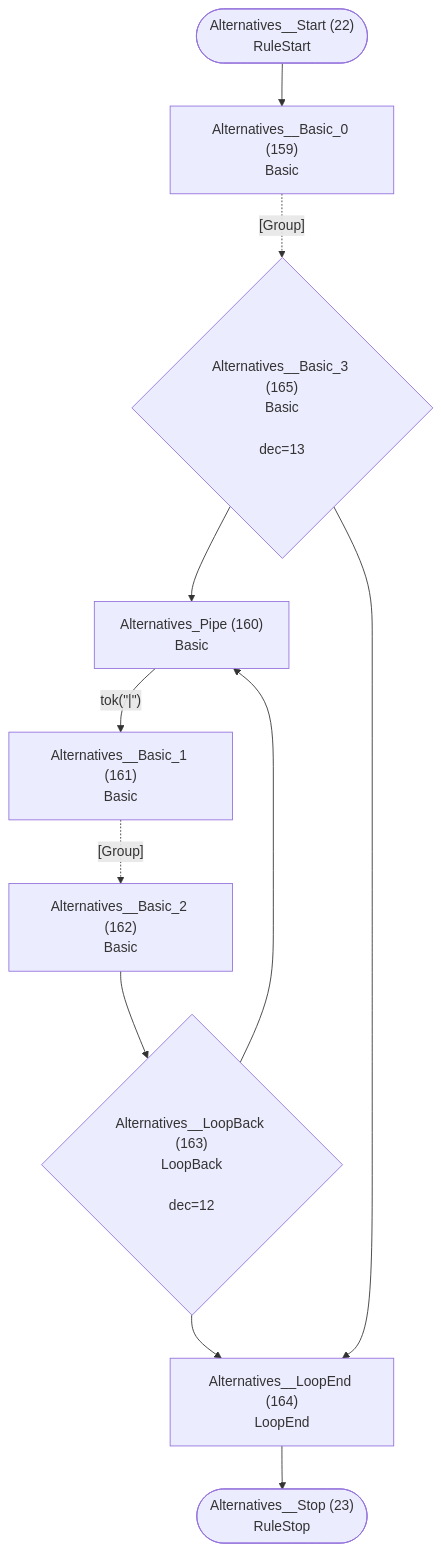
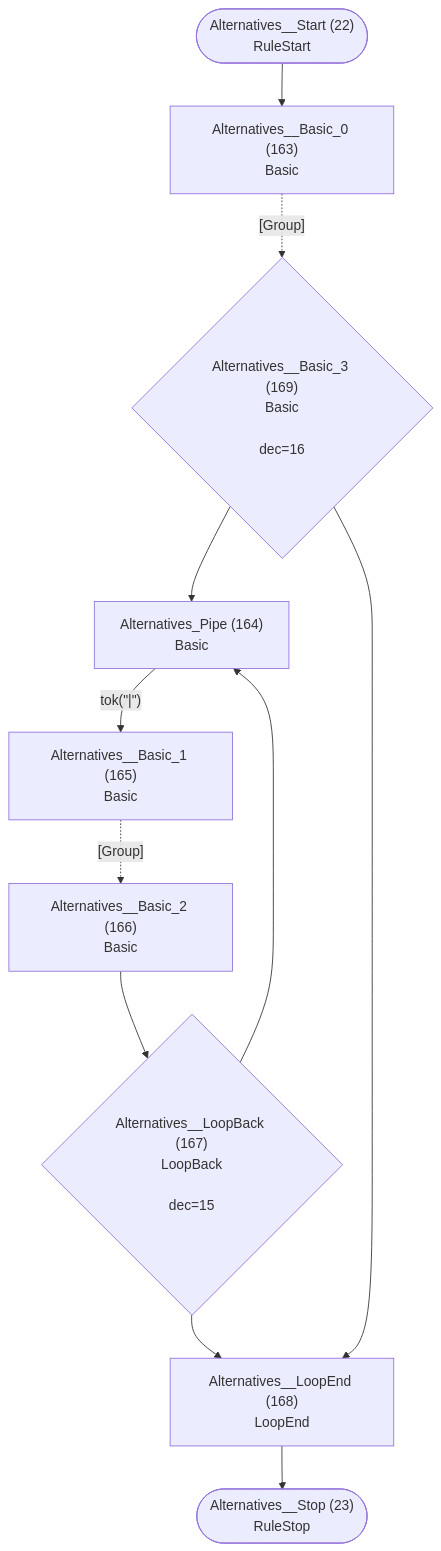
Before and after one commit to TypeFox/fastbelt: diagram 12 of 26 in internal/grammar/atn.md, drawn with Mermaid. The commit also changed other lines of this file and 7 other files, not shown here.

````diff
--- a/internal/grammar/atn.md
+++ b/internal/grammar/atn.md
@@ -348,23 +359,23 @@
 ```mermaid
 flowchart TD
     q22(["Alternatives__Start (22)<br/>RuleStart"])
     q23(["Alternatives__Stop (23)<br/>RuleStop"])
-    q159["Alternatives__Basic_0 (159)<br/>Basic<br/>"]
-    q160["Alternatives_Pipe (160)<br/>Basic<br/>"]
-    q161["Alternatives__Basic_1 (161)<br/>Basic<br/>"]
-    q162["Alternatives__Basic_2 (162)<br/>Basic<br/>"]
-    q163{"Alternatives__LoopBack (163)<br/>LoopBack<br/><br/>dec=12"}
-    q164["Alternatives__LoopEnd (164)<br/>LoopEnd<br/>"]
-    q165{"Alternatives__Basic_3 (165)<br/>Basic<br/><br/>dec=13"}
+    q163["Alternatives__Basic_0 (163)<br/>Basic<br/>"]
+    q164["Alternatives_Pipe (164)<br/>Basic<br/>"]
+    q165["Alternatives__Basic_1 (165)<br/>Basic<br/>"]
+    q166["Alternatives__Basic_2 (166)<br/>Basic<br/>"]
+    q167{"Alternatives__LoopBack (167)<br/>LoopBack<br/><br/>dec=15"}
+    q168["Alternatives__LoopEnd (168)<br/>LoopEnd<br/>"]
+    q169{"Alternatives__Basic_3 (169)<br/>Basic<br/><br/>dec=16"}
 
-    q22 --> q159
-    q159 -.->|"[Group]"| q165
-    q160 -->|"tok(&quot;|&quot;)"| q161
-    q161 -.->|"[Group]"| q162
-    q162 --> q163
-    q163 --> q160
-    q163 --> q164
-    q164 --> q23
-    q165 --> q160
-    q165 --> q164
+    q22 --> q163
+    q163 -.->|"[Group]"| q169
+    q164 -->|"tok(&quot;|&quot;)"| q165
+    q165 -.->|"[Group]"| q166
+    q166 --> q167
+    q167 --> q164
+    q167 --> q168
+    q168 --> q23
+    q169 --> q164
+    q169 --> q168
 ```
````
